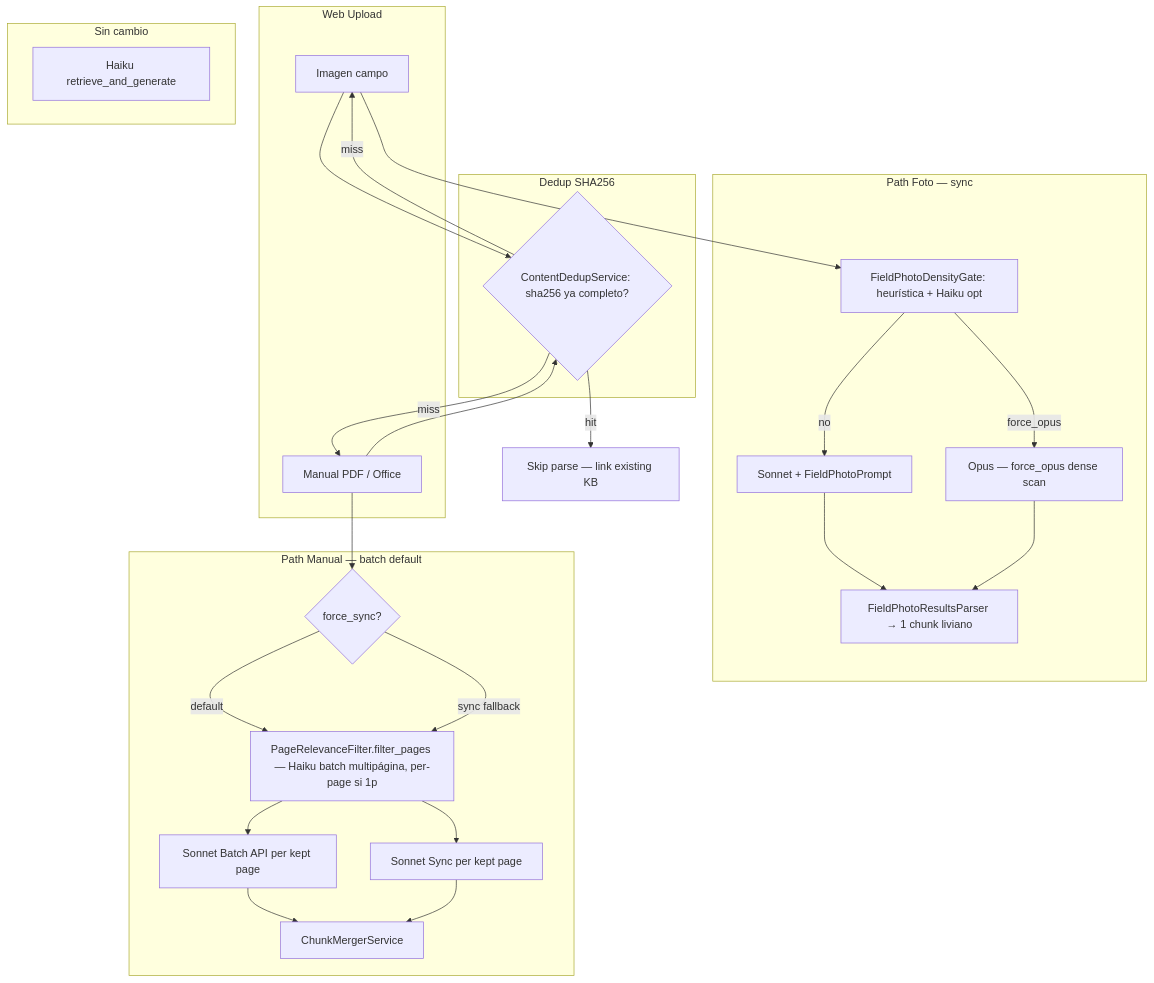
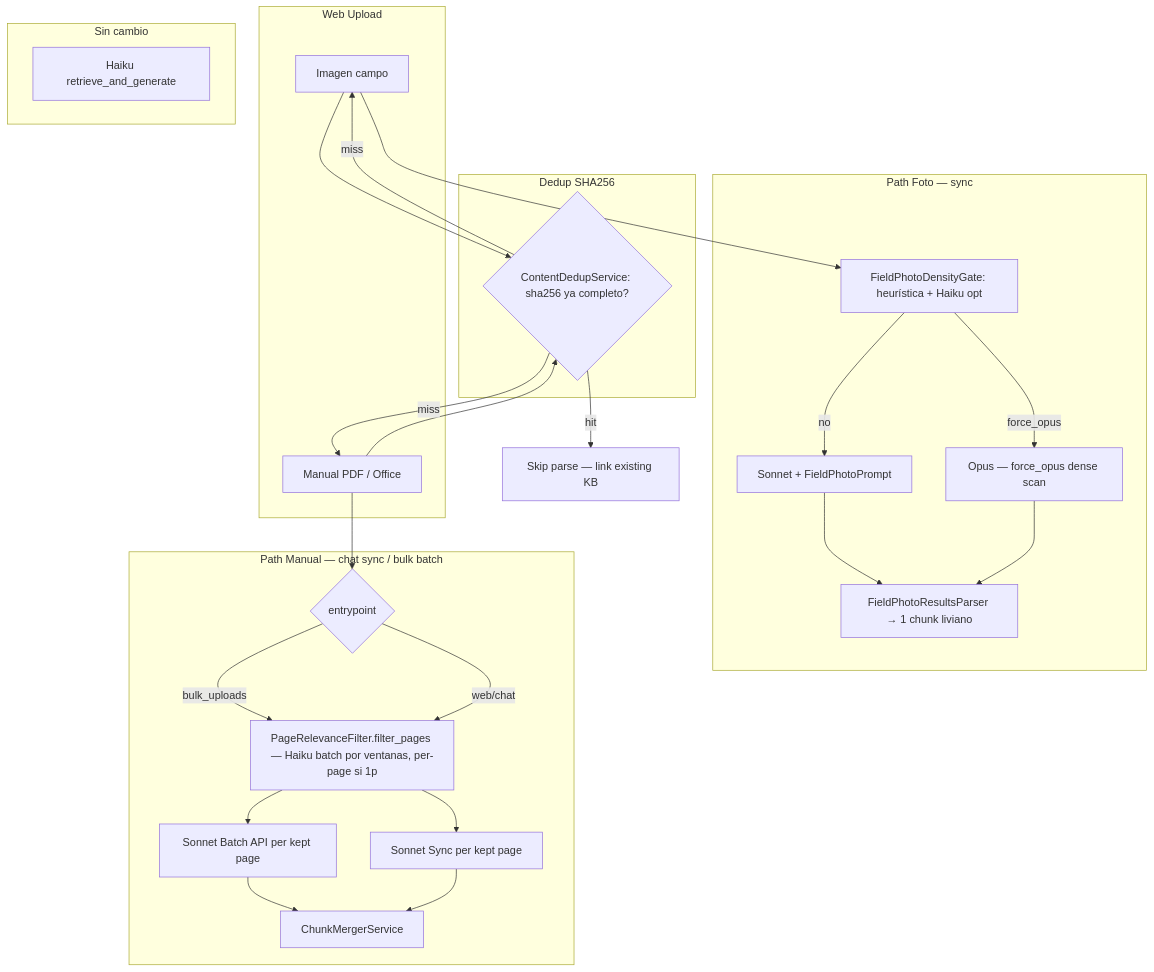
The diagram in docs/INGESTION_COST_V2.md (danebo-labs/smart_deal), drawn with Mermaid before and after one commit. The commit also changed other lines of this file and 5 other files, not shown here.

````diff
--- a/docs/INGESTION_COST_V2.md
+++ b/docs/INGESTION_COST_V2.md
@@ -36,46 +36,46 @@
 ```mermaid
 flowchart TB
   subgraph upload [Web Upload]
     Img[Imagen campo]
     Pdf[Manual PDF / Office]
   end
 
   subgraph dedup [Dedup SHA256]
     ShaCheck{ContentDedupService: sha256 ya completo?}
   end
 
   subgraph foto [Path Foto — sync]
     HaikuGate[FieldPhotoDensityGate: heurística + Haiku opt]
     SonnetFoto[Sonnet + FieldPhotoPrompt]
     OpusFoto[Opus — force_opus dense scan]
     FotoParser[FieldPhotoResultsParser → 1 chunk liviano]
   end
 
-  subgraph manual [Path Manual — batch default]
-    RouteBatch{force_sync?}
-    PageFilter[PageRelevanceFilter.filter_pages — Haiku batch multipágina, per-page si 1p]
+  subgraph manual [Path Manual — chat sync / bulk batch]
+    RouteBatch{entrypoint}
+    PageFilter[PageRelevanceFilter.filter_pages — Haiku batch por ventanas, per-page si 1p]
     BatchSonnet[Sonnet Batch API per kept page]
     SyncSonnet[Sonnet Sync per kept page]
     Merger[ChunkMergerService]
   end
 
   subgraph query [Sin cambio]
     HaikuRAG[Haiku retrieve_and_generate]
   end
 
   Img --> ShaCheck
   Pdf --> ShaCheck
   ShaCheck -->|hit| SkipParse[Skip parse — link existing KB]
   ShaCheck -->|miss| Img
   ShaCheck -->|miss| Pdf
 
   Img --> HaikuGate
   HaikuGate -->|no| SonnetFoto
   HaikuGate -->|force_opus| OpusFoto
   SonnetFoto --> FotoParser
   OpusFoto --> FotoParser
 
   Pdf --> RouteBatch
-  RouteBatch -->|default| PageFilter --> BatchSonnet --> Merger
-  RouteBatch -->|sync fallback| PageFilter --> SyncSonnet --> Merger
+  RouteBatch -->|bulk_uploads| PageFilter --> BatchSonnet --> Merger
+  RouteBatch -->|web/chat| PageFilter --> SyncSonnet --> Merger
 ```
````
